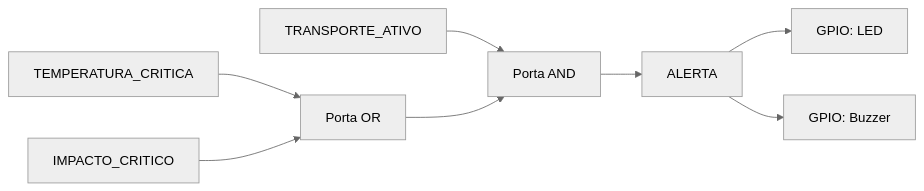
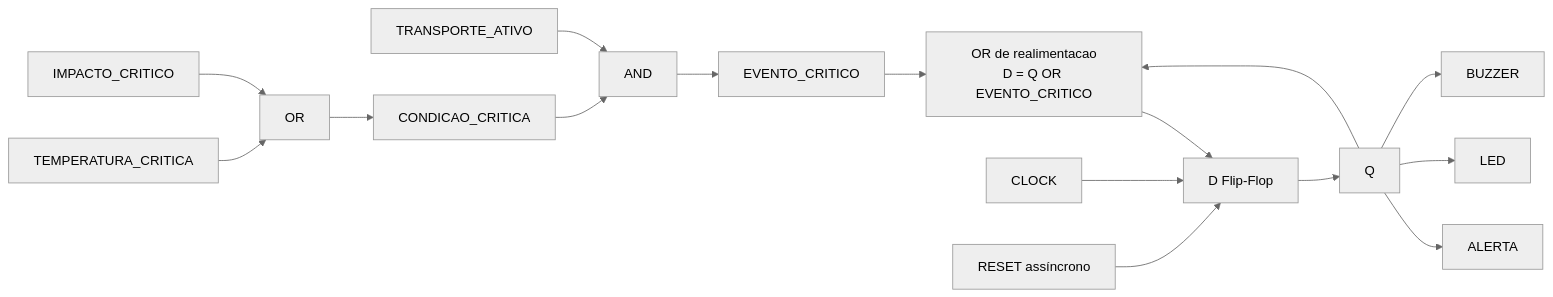
One commit to sandrozdb/lifebox-smart-organ-transport changed the diagram in docs/electronics.md. Above: the diagram before and after it, drawn with Mermaid (neutral theme). The commit also changed other lines of this file and 14 other files, not shown here.

Commit message:
feat: add sequential flip-flop alert logic

````diff
--- a/docs/electronics.md
+++ b/docs/electronics.md
@@ -49,10 +86,18 @@
 ```mermaid
 flowchart LR
-  A[TRANSPORTE_ATIVO] --> AND[Porta AND]
-  T[TEMPERATURA_CRITICA] --> OR[Porta OR]
-  I[IMPACTO_CRITICO] --> OR
-  OR --> AND
-  AND --> O[ALERTA]
-  O --> L[GPIO: LED]
-  O --> B[GPIO: Buzzer]
+  TA[TRANSPORTE_ATIVO] --> EVENT_AND[AND]
+  TEMP[TEMPERATURA_CRITICA] --> CRIT_OR[OR]
+  IMP[IMPACTO_CRITICO] --> CRIT_OR
+  CRIT_OR --> CC[CONDICAO_CRITICA]
+  CC --> EVENT_AND
+  EVENT_AND --> EC[EVENTO_CRITICO]
+  EC --> MEM_OR[OR de realimentacao\nD = Q OR EVENTO_CRITICO]
+  Q[Q] --> MEM_OR
+  MEM_OR --> DFF[D Flip-Flop]
+  CLOCK[CLOCK] --> DFF
+  RESET[RESET assíncrono] --> DFF
+  DFF --> Q
+  Q --> ALERTA[ALERTA]
+  Q --> LED[LED]
+  Q --> BUZZER[BUZZER]
 ```
````
